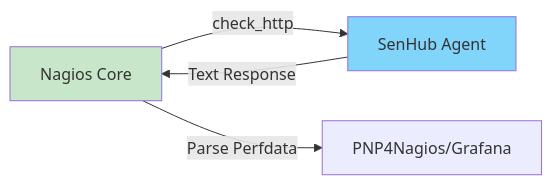
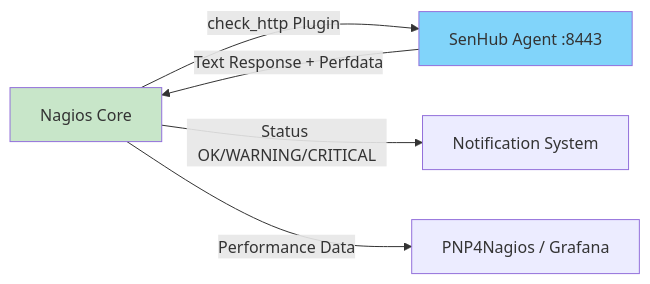
The third of 7 diagrams in docs/user-guide/METRICS-USAGE.md (senhub-io/senhub-agent), drawn with Mermaid before and after one commit. The commit also changed other lines of this file and 7 other files, not shown here.

````diff
--- a/docs/user-guide/METRICS-USAGE.md
+++ b/docs/user-guide/METRICS-USAGE.md
@@ -283,9 +562,10 @@
 ```mermaid
 graph LR
-    NAGIOS[Nagios Core] -->|check_http| AGENT[SenHub Agent]
-    AGENT -->|Text Response| NAGIOS
-    NAGIOS -->|Parse Perfdata| GRAPHS[PNP4Nagios/Grafana]
+    NAGIOS[Nagios Core] -->|check_http Plugin| AGENT[SenHub Agent :8443]
+    AGENT -->|Text Response + Perfdata| NAGIOS
+    NAGIOS -->|Status OK/WARNING/CRITICAL| NOTIF[Notification System]
+    NAGIOS -->|Performance Data| PNP[PNP4Nagios / Grafana]
 
     style NAGIOS fill:#c8e6c9
     style AGENT fill:#81d4fa
 ```
````
